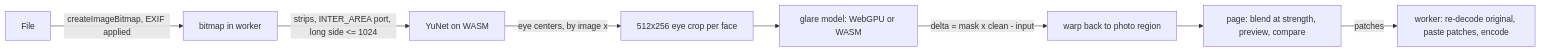
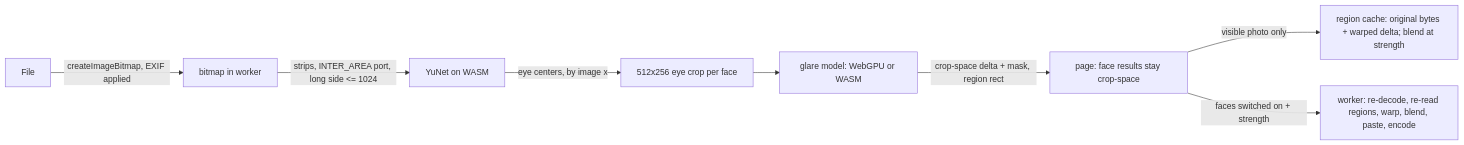
The diagram in app/CLAUDE.md (Maninae/glare-off), drawn with Mermaid before and after one commit. The commit also changed other lines of this file and 14 other files, not shown here.

Commit message:
App: byte-exact untouched pixels, crop-size face results with one-photo region cache, worker-side export, debug hook behind ?debug

````diff
--- a/app/CLAUDE.md
+++ b/app/CLAUDE.md
@@ -7,10 +7,10 @@
 ```mermaid
 flowchart LR
   F[File] -->|createImageBitmap, EXIF applied| B[bitmap in worker]
   B -->|strips, INTER_AREA port, long side <= 1024| D[YuNet on WASM]
   D -->|eye centers, by image x| C[512x256 eye crop per face]
   C --> M[glare model: WebGPU or WASM]
-  M -->|delta = mask x clean - input| W[warp back to photo region]
-  W --> P[page: blend at strength, preview, compare]
-  P -->|patches| E[worker: re-decode original, paste patches, encode]
+  M -->|crop-space delta + mask, region rect| P[page: face results stay crop-space]
+  P -->|visible photo only| V[region cache: original bytes + warped delta; blend at strength]
+  P -->|faces switched on + strength| E[worker: re-decode, re-read regions, warp, blend, paste, encode]
 ```
````
